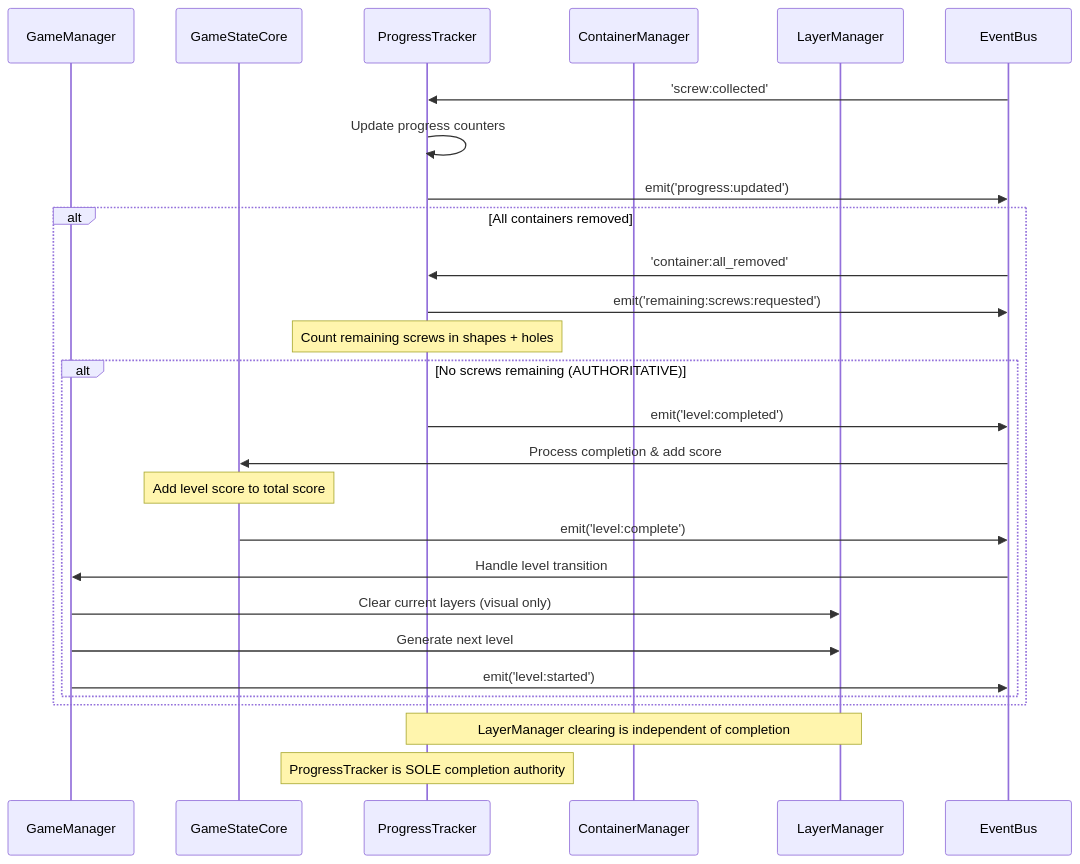
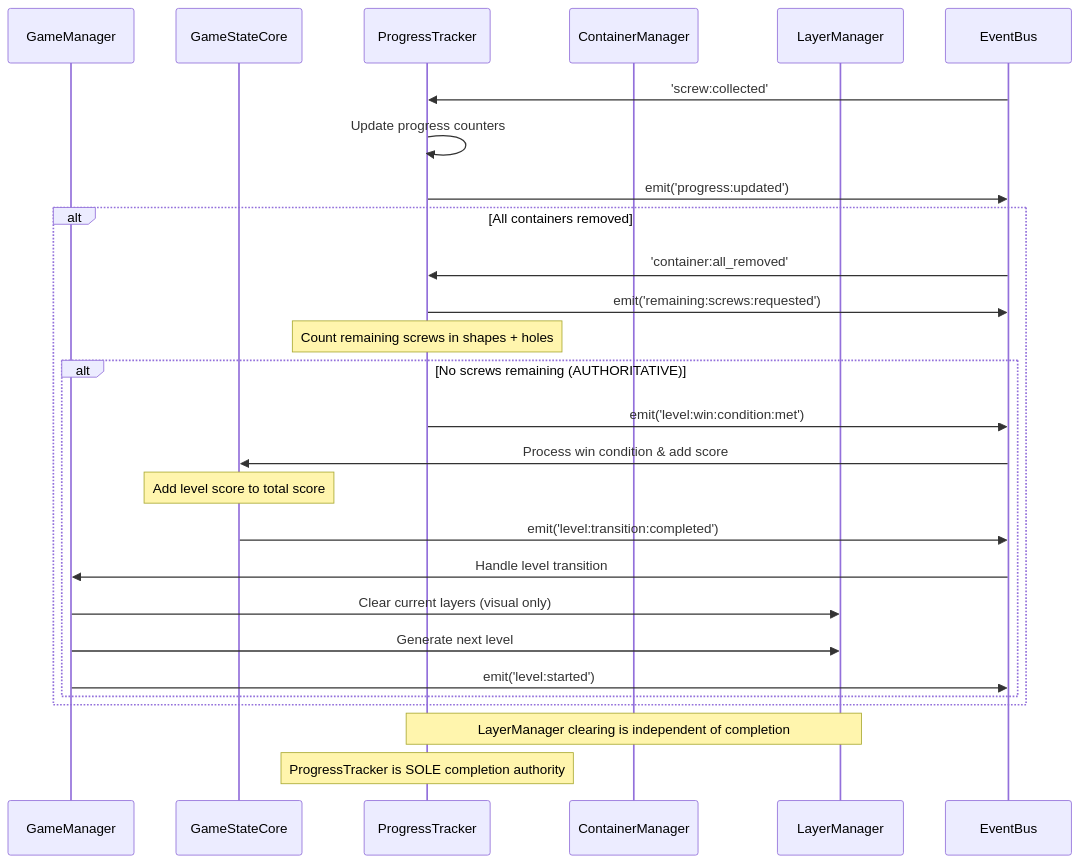
One commit to paulrobello/par-shape-2d changed the third of 4 diagrams in docs/game_architecture.md. Above: the diagram before and after it, drawn with Mermaid. The commit also changed 6 other files, not shown here.

First line of the commit message:
refactor: improve level completion event naming for clarity

````diff
--- a/docs/game_architecture.md
+++ b/docs/game_architecture.md
@@ -448,34 +448,34 @@
 ```mermaid
 sequenceDiagram
     participant GM as GameManager
     participant GSC as GameStateCore
     participant PT as ProgressTracker
     participant CM as ContainerManager
     participant LM as LayerManager
     participant EB as EventBus
 
     EB->>PT: 'screw:collected'
     PT->>PT: Update progress counters
     PT->>EB: emit('progress:updated')
     
     alt All containers removed
         EB->>PT: 'container:all_removed'
         PT->>EB: emit('remaining:screws:requested')
         
         Note over PT: Count remaining screws in shapes + holes
         
         alt No screws remaining (AUTHORITATIVE)
-            PT->>EB: emit('level:completed')
-            EB->>GSC: Process completion & add score
+            PT->>EB: emit('level:win:condition:met')
+            EB->>GSC: Process win condition & add score
             Note over GSC: Add level score to total score
-            GSC->>EB: emit('level:complete')
+            GSC->>EB: emit('level:transition:completed')
             EB->>GM: Handle level transition
             GM->>LM: Clear current layers (visual only)
             GM->>LM: Generate next level
             GM->>EB: emit('level:started')
         end
     end
     
     Note over PT,LM: LayerManager clearing is independent of completion
     Note over PT: ProgressTracker is SOLE completion authority
 ```
````
